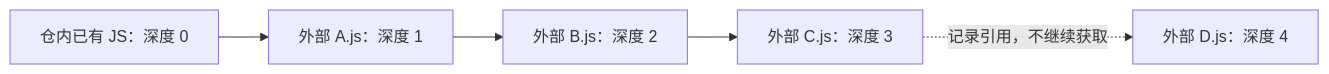
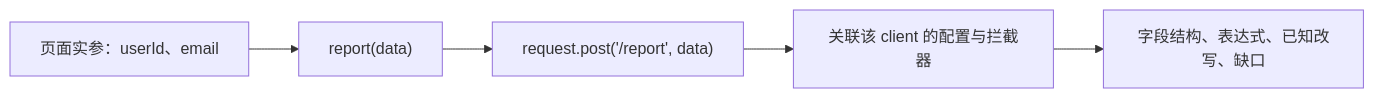
The second of 2 diagrams in docs/白盒方案.md (luohaijiang789/js-security), drawn with Mermaid before and after one commit. The commit also changed other lines of this file and 7 other files, not shown here.

````diff
--- a/docs/白盒方案.md
+++ b/docs/白盒方案.md
@@ -54,7 +83,7 @@
 ```mermaid
 flowchart LR
-    R["仓内已有 JS：深度 0"] --> A["外部 A.js：深度 1"]
-    A --> B["外部 B.js：深度 2"]
-    B --> C["外部 C.js：深度 3"]
-    C -. "记录引用，不继续获取" .-> D["外部 D.js：深度 4"]
+    A["页面实参：userId、email"] --> B["report(data)"]
+    B --> C["request.post('/report', data)"]
+    C --> D["关联该 client 的配置与拦截器"]
+    D --> E["字段结构、表达式、已知改写、缺口"]
 ```
````
